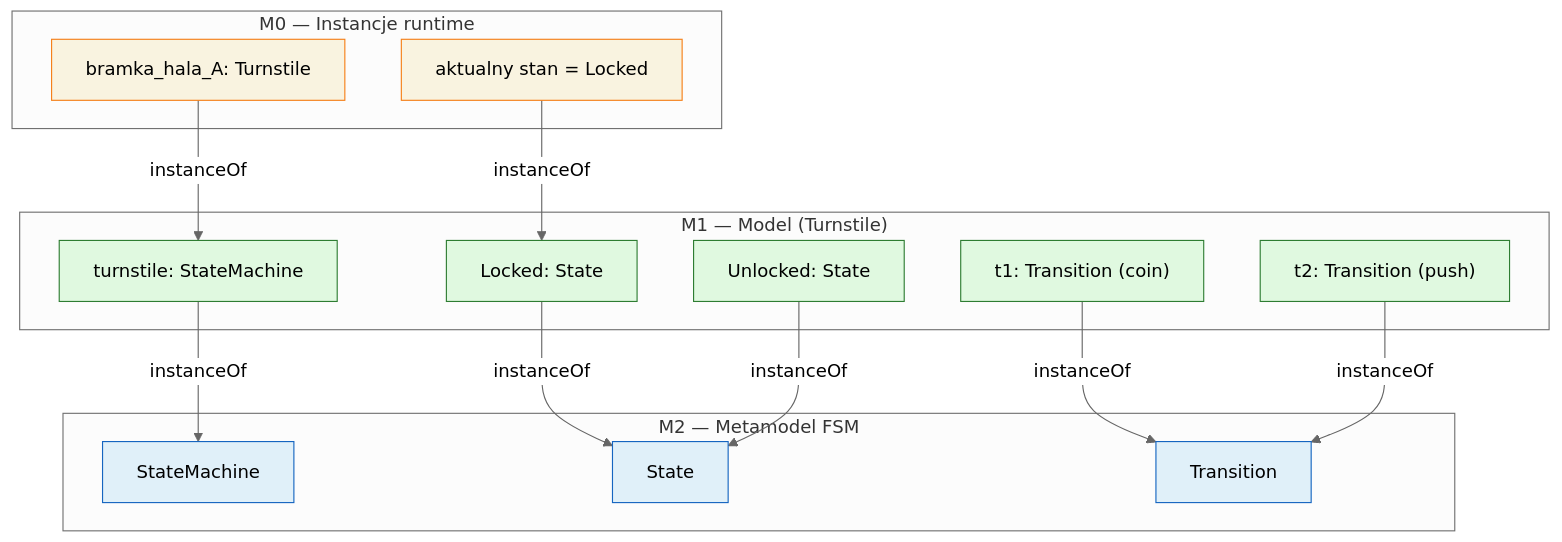
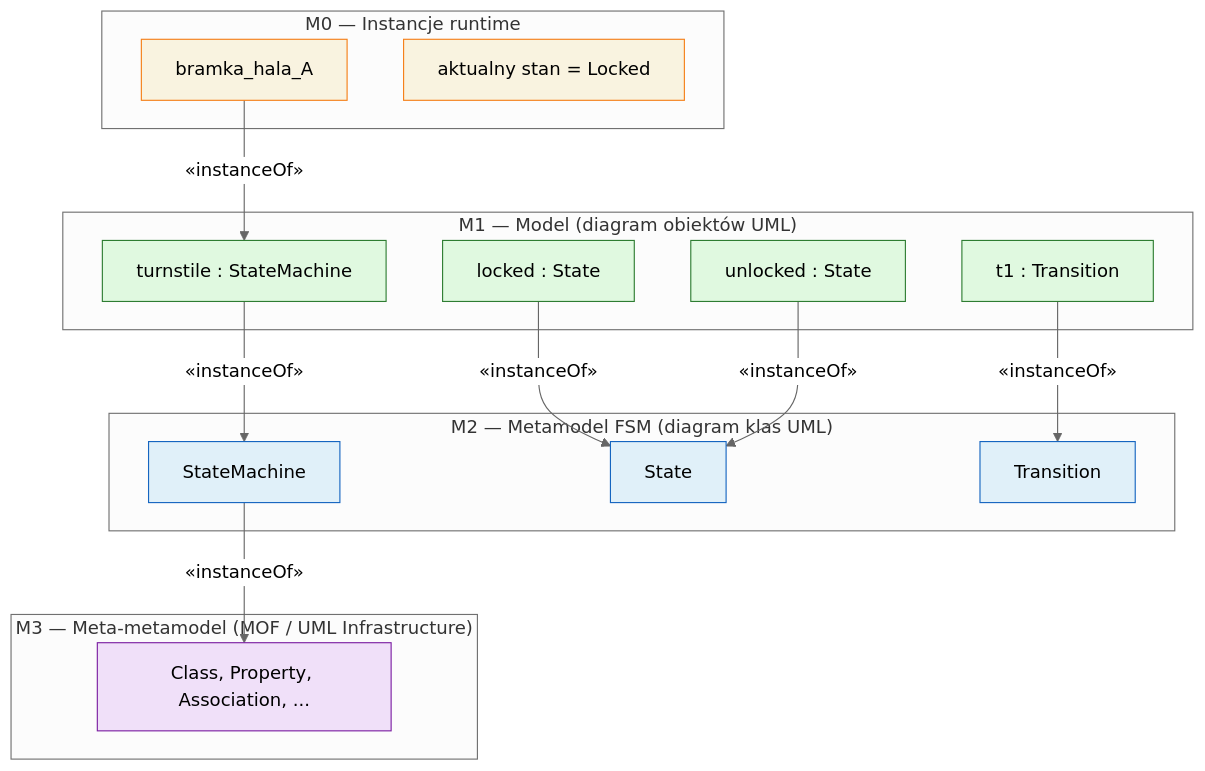
One commit to prazny/ex-knowledge changed the third of 5 diagrams in 09-przykladowy-metamodel.md. Above: the diagram before and after it, drawn with Mermaid (neutral theme). The commit also changed other lines of this file and 33 other files, not shown here.

````diff
--- a/09-przykladowy-metamodel.md
+++ b/09-przykladowy-metamodel.md
@@ -286,38 +229,39 @@
 ```mermaid
 graph TD
-    subgraph "M2 — Metamodel FSM"
+    subgraph "M3 — Meta-metamodel (MOF / UML Infrastructure)"
+        M3["Class, Property, Association, ..."]
+    end
+    subgraph "M2 — Metamodel FSM (diagram klas UML)"
         MC["StateMachine"]
         MS["State"]
         MT["Transition"]
     end
-    subgraph "M1 — Model (Turnstile)"
-        I1["turnstile: StateMachine"]
-        I2["Locked: State"]
-        I3["Unlocked: State"]
-        I4["t1: Transition (coin)"]
-        I5["t2: Transition (push)"]
+    subgraph "M1 — Model (diagram obiektów UML)"
+        I1["turnstile : StateMachine"]
+        I2["locked : State"]
+        I3["unlocked : State"]
+        I4["t1 : Transition"]
     end
     subgraph "M0 — Instancje runtime"
-        R1["bramka_hala_A: Turnstile"]
+        R1["bramka_hala_A"]
         R2["aktualny stan = Locked"]
     end
 
-    I1 -->|"instanceOf"| MC
-    I2 -->|"instanceOf"| MS
-    I3 -->|"instanceOf"| MS
-    I4 -->|"instanceOf"| MT
-    I5 -->|"instanceOf"| MT
-    R1 -->|"instanceOf"| I1
-    R2 -->|"instanceOf"| I2
+    MC -->|"«instanceOf»"| M3
+    I1 -->|"«instanceOf»"| MC
+    I2 -->|"«instanceOf»"| MS
+    I3 -->|"«instanceOf»"| MS
+    I4 -->|"«instanceOf»"| MT
+    R1 -->|"«instanceOf»"| I1
 
+    style M3 fill:#f0e0f9,stroke:#7b1fa2
     style MC fill:#e0f0f9,stroke:#1565c0
     style MS fill:#e0f0f9,stroke:#1565c0
     style MT fill:#e0f0f9,stroke:#1565c0
     style I1 fill:#e0f9e0,stroke:#2e7d32
     style I2 fill:#e0f9e0,stroke:#2e7d32
     style I3 fill:#e0f9e0,stroke:#2e7d32
     style I4 fill:#e0f9e0,stroke:#2e7d32
-    style I5 fill:#e0f9e0,stroke:#2e7d32
     style R1 fill:#f9f3e0,stroke:#f57f17
     style R2 fill:#f9f3e0,stroke:#f57f17
 ```
````
